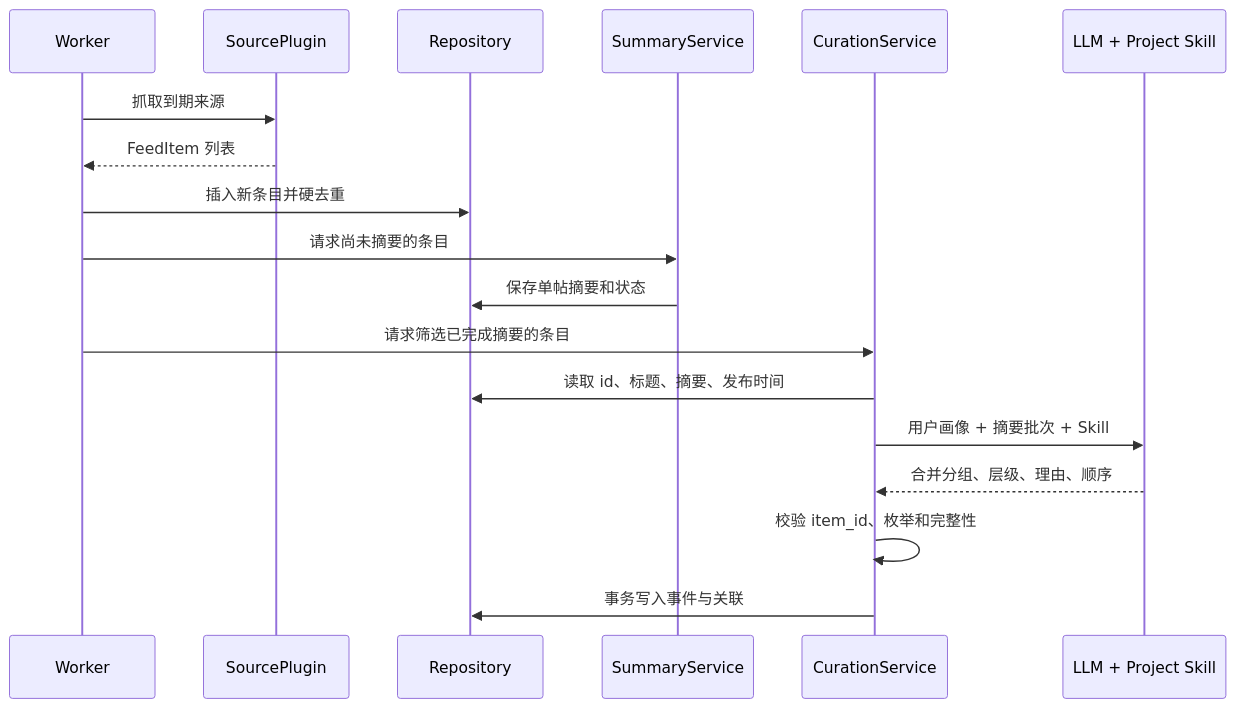
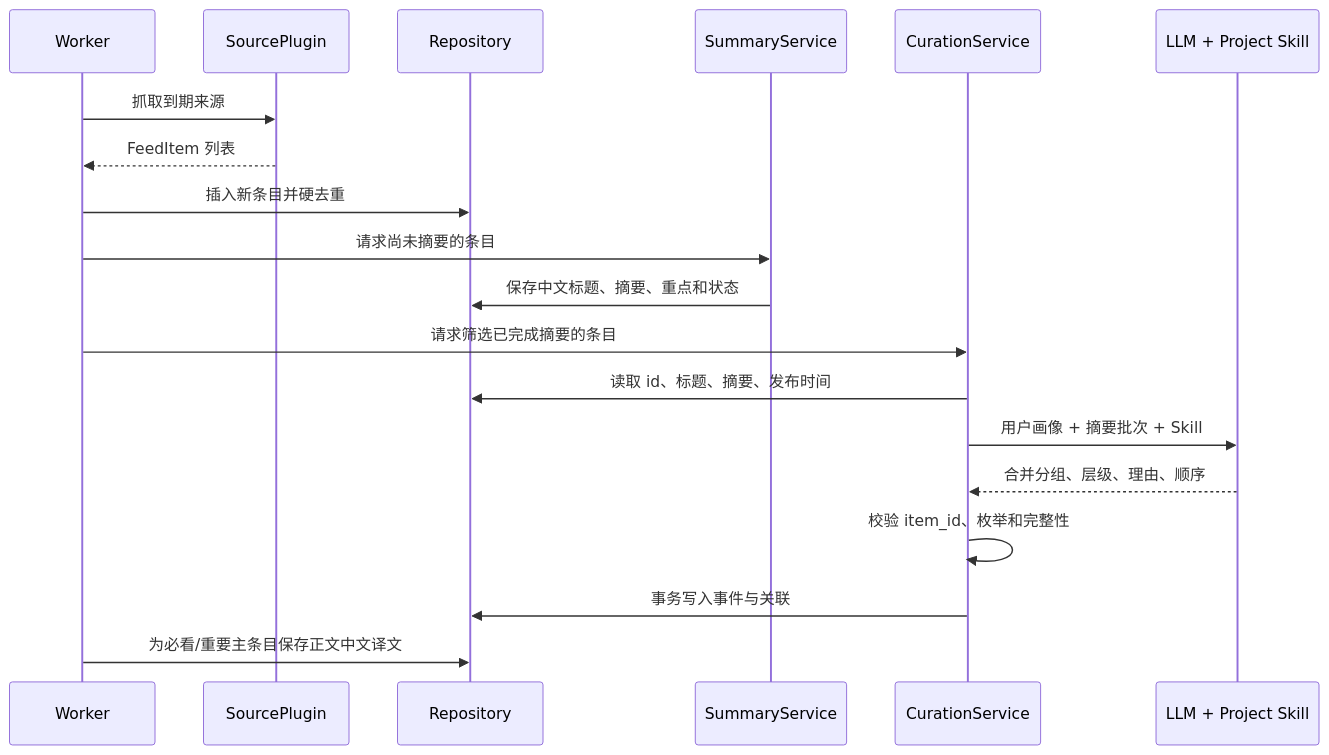
One commit to angelOnly/NewsRssHub changed the fourth of 6 diagrams in docs/PRODUCT_REQUIREMENTS_AND_ARCHITECTURE.md. Above: the diagram before and after it, drawn with Mermaid. The commit also changed other lines of this file and 15 other files, not shown here.

````diff
--- a/docs/PRODUCT_REQUIREMENTS_AND_ARCHITECTURE.md
+++ b/docs/PRODUCT_REQUIREMENTS_AND_ARCHITECTURE.md
@@ -684,21 +704,22 @@
 ```mermaid
 sequenceDiagram
     participant W as Worker
     participant P as SourcePlugin
     participant R as Repository
     participant S as SummaryService
     participant C as CurationService
     participant L as LLM + Project Skill
 
     W->>P: 抓取到期来源
     P-->>W: FeedItem 列表
     W->>R: 插入新条目并硬去重
     W->>S: 请求尚未摘要的条目
-    S->>R: 保存单帖摘要和状态
+    S->>R: 保存中文标题、摘要、重点和状态
     W->>C: 请求筛选已完成摘要的条目
     C->>R: 读取 id、标题、摘要、发布时间
     C->>L: 用户画像 + 摘要批次 + Skill
     L-->>C: 合并分组、层级、理由、顺序
     C->>C: 校验 item_id、枚举和完整性
     C->>R: 事务写入事件与关联
+    W->>R: 为必看/重要主条目保存正文中文译文
 ```
````
